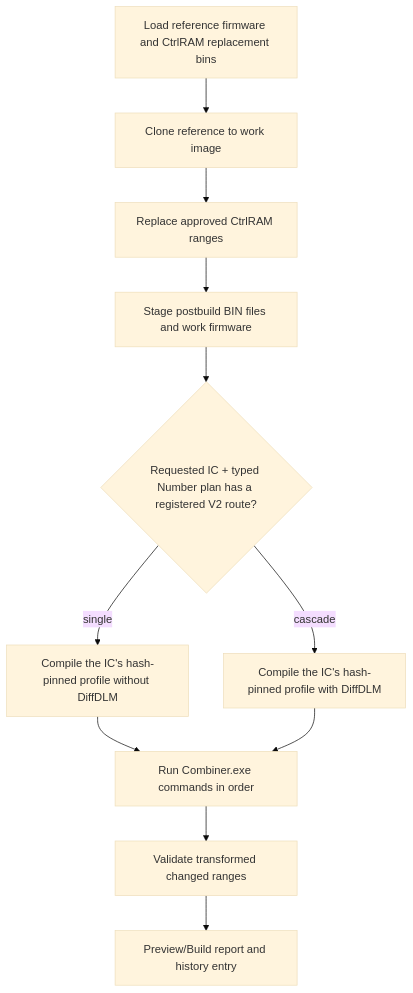
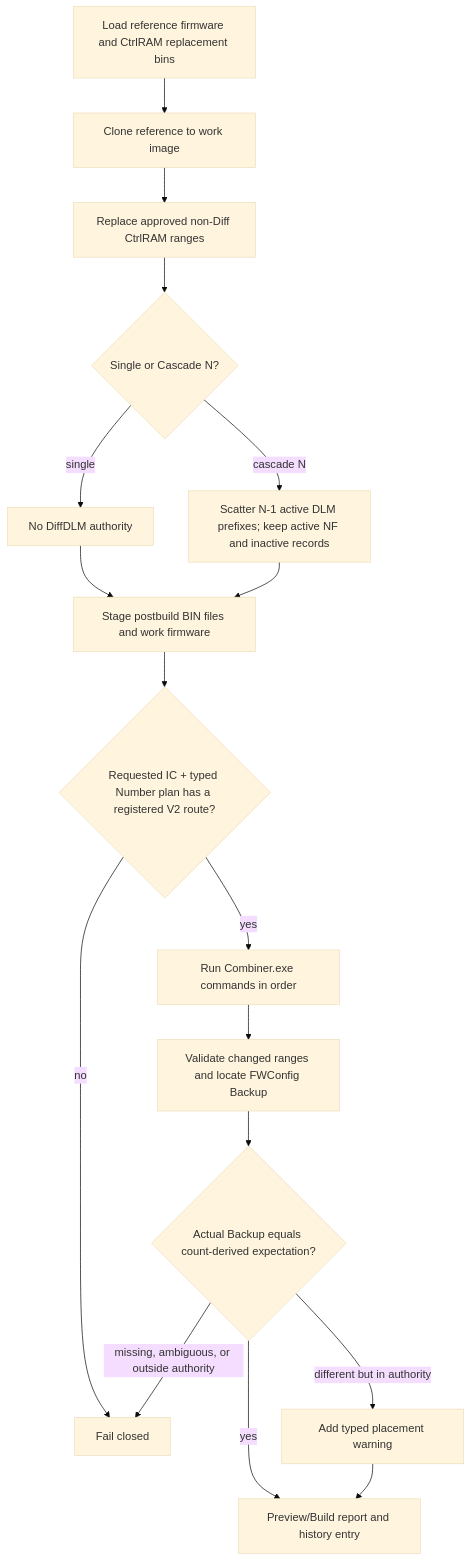
Before and after one commit to Dennis40816/nvt_fw_combiner: diagram 11 of 14 in docs/architecture/ic-workflow-flowcharts.md, drawn with Mermaid (base theme). The commit also changed other lines of this file and 24 other files, not shown here.

Commit message:
feat: unify CtrlRAM runtime readiness

````diff
--- a/docs/architecture/ic-workflow-flowcharts.md
+++ b/docs/architecture/ic-workflow-flowcharts.md
@@ -312,13 +325,19 @@
 ```mermaid
 flowchart TD
     A["Load reference firmware and CtrlRAM replacement bins"] --> B["Clone reference to work image"]
-    B --> C["Replace approved CtrlRAM ranges"]
-    C --> D["Stage postbuild BIN files and work firmware"]
-    D --> E{"Requested IC + typed Number plan has a registered V2 route?"}
-    E -- "single" --> F["Compile the IC's hash-pinned profile without DiffDLM"]
-    E -- "cascade" --> G["Compile the IC's hash-pinned profile with DiffDLM"]
-    F --> H["Run Combiner.exe commands in order"]
-    G --> H
-    H --> I["Validate transformed changed ranges"]
-    I --> J["Preview/Build report and history entry"]
+    B --> C["Replace approved non-Diff CtrlRAM ranges"]
+    C --> D{"Single or Cascade N?"}
+    D -- "single" --> E["No DiffDLM authority"]
+    D -- "cascade N" --> F["Scatter N-1 active DLM prefixes; keep active NF and inactive records"]
+    E --> G["Stage postbuild BIN files and work firmware"]
+    F --> G
+    G --> H{"Requested IC + typed Number plan has a registered V2 route?"}
+    H -- "no" --> X["Fail closed"]
+    H -- "yes" --> I["Run Combiner.exe commands in order"]
+    I --> J["Validate changed ranges and locate FWConfig Backup"]
+    J --> K{"Actual Backup equals count-derived expectation?"}
+    K -- "yes" --> L["Preview/Build report and history entry"]
+    K -- "different but in authority" --> W["Add typed placement warning"]
+    W --> L
+    K -- "missing, ambiguous, or outside authority" --> X
 ```
````
